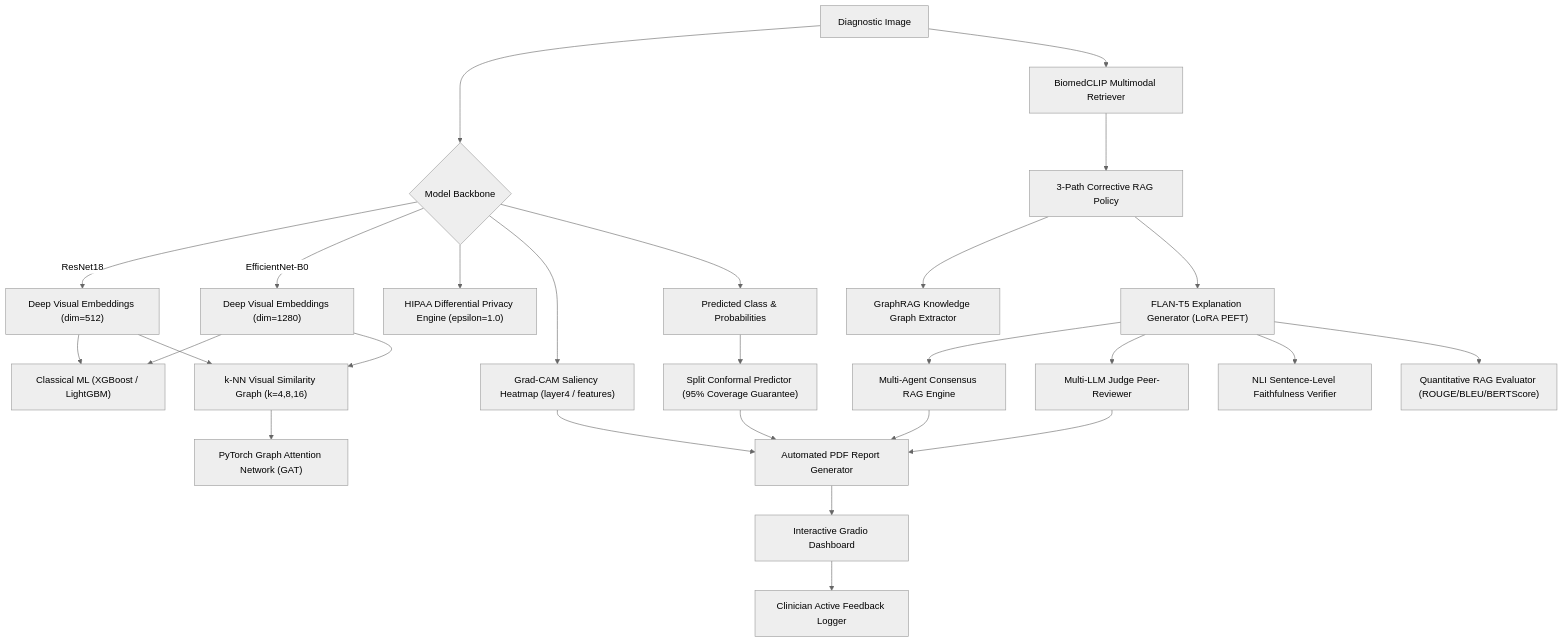
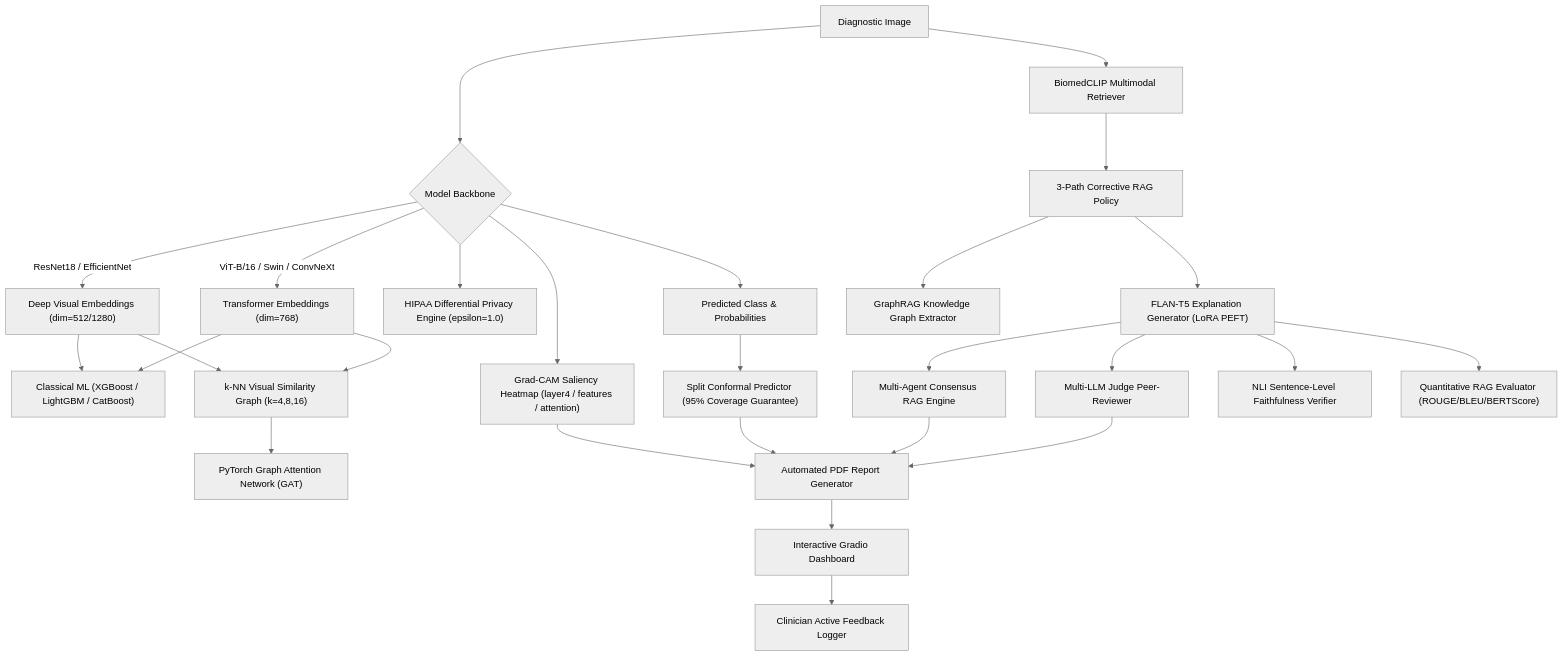
Before and after one commit to Anushree64/disease-rag-project: the diagram in README.md, drawn with Mermaid (neutral theme). The commit also changed other lines of this file and 18 other files, not shown here.

Commit message:
Update dataset image counts, add ViT, Swin, ConvNeXt, CatBoost baselines, and execute notebook

````diff
--- a/README.md
+++ b/README.md
@@ -39,38 +41,38 @@
 ```mermaid
 graph TD
     A["Diagnostic Image"] --> B{"Model Backbone"}
-    B -->|"ResNet18"| C["Deep Visual Embeddings (dim=512)"]
-    B -->|"EfficientNet-B0"| D["Deep Visual Embeddings (dim=1280)"]
+    B -->|"ResNet18 / EfficientNet"| C["Deep Visual Embeddings (dim=512/1280)"]
+    B -->|"ViT-B/16 / Swin / ConvNeXt"| D["Transformer Embeddings (dim=768)"]
     
     B --> DP["HIPAA Differential Privacy Engine (epsilon=1.0)"]
-    B --> CAM["Grad-CAM Saliency Heatmap (layer4 / features)"]
+    B --> CAM["Grad-CAM Saliency Heatmap (layer4 / features / attention)"]
     
-    C --> E["Classical ML (XGBoost / LightGBM)"]
+    C --> E["Classical ML (XGBoost / LightGBM / CatBoost)"]
     D --> E
     
     C --> F["k-NN Visual Similarity Graph (k=4,8,16)"]
     D --> F
     F --> G["PyTorch Graph Attention Network (GAT)"]
     
     B --> H["Predicted Class & Probabilities"]
     H --> CP["Split Conformal Predictor (95% Coverage Guarantee)"]
     
     A --> BM["BiomedCLIP Multimodal Retriever"]
     BM --> I["3-Path Corrective RAG Policy"]
     I --> GRAG["GraphRAG Knowledge Graph Extractor"]
     
     I --> J["FLAN-T5 Explanation Generator (LoRA PEFT)"]
     J --> CONS["Multi-Agent Consensus RAG Engine"]
     J --> JUDGE["Multi-LLM Judge Peer-Reviewer"]
     
     J --> N["NLI Sentence-Level Faithfulness Verifier"]
     J --> RAGM["Quantitative RAG Evaluator (ROUGE/BLEU/BERTScore)"]
     
     CAM --> PDF["Automated PDF Report Generator"]
     CP --> PDF
     CONS --> PDF
     JUDGE --> PDF
     
     PDF --> O["Interactive Gradio Dashboard"]
     O --> FB["Clinician Active Feedback Logger"]
 ```
````
